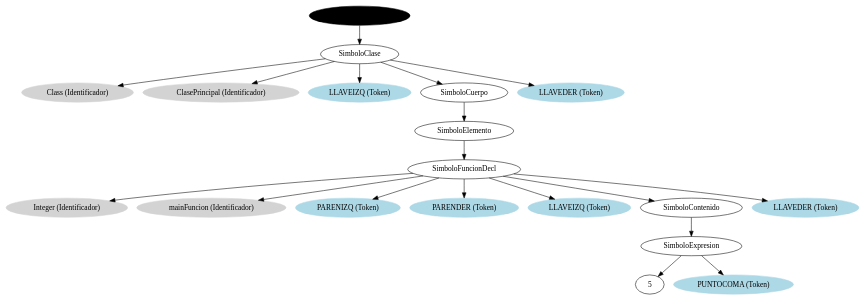
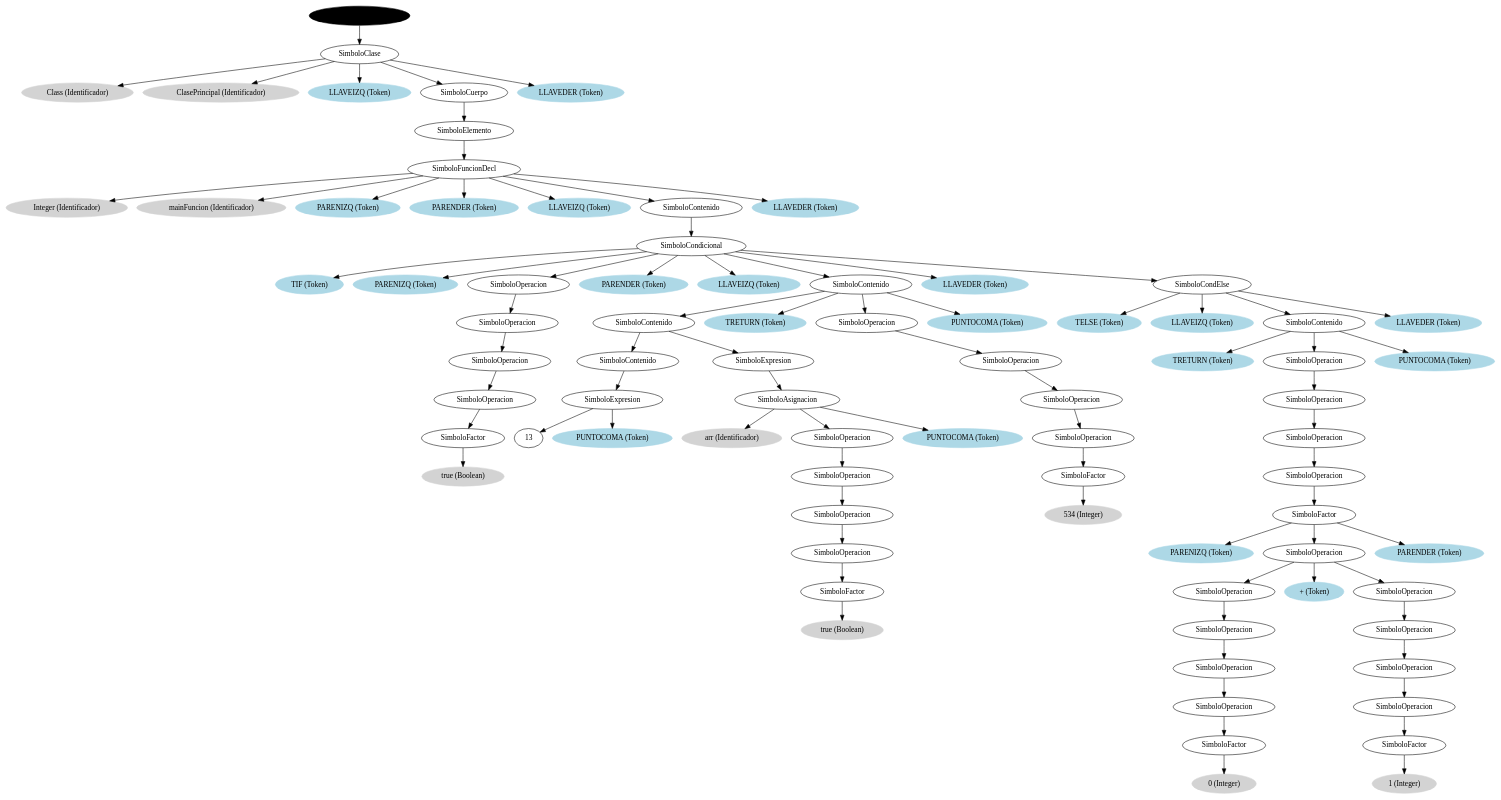
The diagram in output/ArbolSintactico.dot (DavidSDP/CompiladorJava), drawn with Graphviz before and after one commit. The commit also changed 19 other files, not shown here.

```diff
--- a/output/ArbolSintactico.dot
+++ b/output/ArbolSintactico.dot
@@ -1,40 +1,162 @@
 digraph G {
 
-12 -> 11
-11 -> 21
-21 [color=lightgrey,style=filled,label="Class (Identificador)"]
-11 -> 22
-22 [color=lightgrey,style=filled,label="ClasePrincipal (Identificador)"]
-11 -> 23
-23 [color=lightblue,style=filled,label="LLAVEIZQ (Token)"]
-11 -> 10
+55 -> 54
+54 -> 64
+64 [color=lightgrey,style=filled,label="Class (Identificador)"]
+54 -> 65
+65 [color=lightgrey,style=filled,label="ClasePrincipal (Identificador)"]
+54 -> 66
+66 [color=lightblue,style=filled,label="LLAVEIZQ (Token)"]
+54 -> 53
+53 -> 52
+52 -> 51
+51 -> 80
+80 [color=lightgrey,style=filled,label="Integer (Identificador)"]
+51 -> 81
+81 [color=lightgrey,style=filled,label="mainFuncion (Identificador)"]
+51 -> 82
+82 [color=lightblue,style=filled,label="PARENIZQ (Token)"]
+51 -> 83
+83 [color=lightblue,style=filled,label="PARENDER (Token)"]
+51 -> 84
+84 [color=lightblue,style=filled,label="LLAVEIZQ (Token)"]
+51 -> 50
+50 -> 49
+49 -> 96
+96 [color=lightblue,style=filled,label="TIF (Token)"]
+49 -> 97
+97 [color=lightblue,style=filled,label="PARENIZQ (Token)"]
+49 -> 10
 10 -> 9
 9 -> 8
-8 -> 37
-37 [color=lightgrey,style=filled,label="Integer (Identificador)"]
-8 -> 38
-38 [color=lightgrey,style=filled,label="mainFuncion (Identificador)"]
-8 -> 39
-39 [color=lightblue,style=filled,label="PARENIZQ (Token)"]
-8 -> 40
-40 [color=lightblue,style=filled,label="PARENDER (Token)"]
-8 -> 41
-41 [color=lightblue,style=filled,label="LLAVEIZQ (Token)"]
 8 -> 7
 7 -> 6
-6 -> 5
-6 -> 45
-45 [color=lightblue,style=filled,label="PUNTOCOMA (Token)"]
-6 [label="SimboloExpresion"]
-7 [label="SimboloContenido"]
-8 -> 42
-42 [color=lightblue,style=filled,label="LLAVEDER (Token)"]
-8 [label="SimboloFuncionDecl"]
-9 [label="SimboloElemento"]
-10 [label="SimboloCuerpo"]
-11 -> 24
-24 [color=lightblue,style=filled,label="LLAVEDER (Token)"]
-11 [label="SimboloClase"]
-12 [color=black,style=filled,label="SimboloPrograma"]
+6 -> 103
+103 [color=lightgrey,style=filled,label="true (Boolean)"]
+6 [label="SimboloFactor"]
+7 [label="SimboloOperacion"]
+8 [label="SimboloOperacion"]
+9 [label="SimboloOperacion"]
+10 [label="SimboloOperacion"]
+49 -> 98
+98 [color=lightblue,style=filled,label="PARENDER (Token)"]
+49 -> 99
+99 [color=lightblue,style=filled,label="LLAVEIZQ (Token)"]
+49 -> 30
+30 -> 24
+24 -> 15
+15 -> 14
+14 -> 13
+14 -> 112
+112 [color=lightblue,style=filled,label="PUNTOCOMA (Token)"]
+14 [label="SimboloExpresion"]
+15 [label="SimboloContenido"]
+24 -> 23
+23 -> 22
+22 -> 117
+117 [color=lightgrey,style=filled,label="arr (Identificador)"]
+22 -> 21
+21 -> 20
+20 -> 19
+19 -> 18
+18 -> 17
+17 -> 121
+121 [color=lightgrey,style=filled,label="true (Boolean)"]
+17 [label="SimboloFactor"]
+18 [label="SimboloOperacion"]
+19 [label="SimboloOperacion"]
+20 [label="SimboloOperacion"]
+21 [label="SimboloOperacion"]
+22 -> 118
+118 [color=lightblue,style=filled,label="PUNTOCOMA (Token)"]
+22 [label="SimboloAsignacion"]
+23 [label="SimboloExpresion"]
+24 [label="SimboloContenido"]
+30 -> 108
+108 [color=lightblue,style=filled,label="TRETURN (Token)"]
+30 -> 29
+29 -> 28
+28 -> 27
+27 -> 26
+26 -> 25
+25 -> 124
+124 [color=lightgrey,style=filled,label="534 (Integer)"]
+25 [label="SimboloFactor"]
+26 [label="SimboloOperacion"]
+27 [label="SimboloOperacion"]
+28 [label="SimboloOperacion"]
+29 [label="SimboloOperacion"]
+30 -> 109
+109 [color=lightblue,style=filled,label="PUNTOCOMA (Token)"]
+30 [label="SimboloContenido"]
+49 -> 100
+100 [color=lightblue,style=filled,label="LLAVEDER (Token)"]
+49 -> 48
+48 -> 131
+131 [color=lightblue,style=filled,label="TELSE (Token)"]
+48 -> 132
+132 [color=lightblue,style=filled,label="LLAVEIZQ (Token)"]
+48 -> 47
+47 -> 138
+138 [color=lightblue,style=filled,label="TRETURN (Token)"]
+47 -> 46
+46 -> 45
+45 -> 44
+44 -> 43
+43 -> 42
+42 -> 144
+144 [color=lightblue,style=filled,label="PARENIZQ (Token)"]
+42 -> 41
+41 -> 35
+35 -> 34
+34 -> 33
+33 -> 32
+32 -> 31
+31 -> 151
+151 [color=lightgrey,style=filled,label="0 (Integer)"]
+31 [label="SimboloFactor"]
+32 [label="SimboloOperacion"]
+33 [label="SimboloOperacion"]
+34 [label="SimboloOperacion"]
+35 [label="SimboloOperacion"]
+41 -> 148
+148 [color=lightblue,style=filled,label="+ (Token)"]
+41 -> 40
+40 -> 39
+39 -> 38
+38 -> 37
+37 -> 36
+36 -> 154
+154 [color=lightgrey,style=filled,label="1 (Integer)"]
+36 [label="SimboloFactor"]
+37 [label="SimboloOperacion"]
+38 [label="SimboloOperacion"]
+39 [label="SimboloOperacion"]
+40 [label="SimboloOperacion"]
+41 [label="SimboloOperacion"]
+42 -> 145
+145 [color=lightblue,style=filled,label="PARENDER (Token)"]
+42 [label="SimboloFactor"]
+43 [label="SimboloOperacion"]
+44 [label="SimboloOperacion"]
+45 [label="SimboloOperacion"]
+46 [label="SimboloOperacion"]
+47 -> 139
+139 [color=lightblue,style=filled,label="PUNTOCOMA (Token)"]
+47 [label="SimboloContenido"]
+48 -> 133
+133 [color=lightblue,style=filled,label="LLAVEDER (Token)"]
+48 [label="SimboloCondElse"]
+49 [label="SimboloCondicional"]
+50 [label="SimboloContenido"]
+51 -> 85
+85 [color=lightblue,style=filled,label="LLAVEDER (Token)"]
+51 [label="SimboloFuncionDecl"]
+52 [label="SimboloElemento"]
+53 [label="SimboloCuerpo"]
+54 -> 67
+67 [color=lightblue,style=filled,label="LLAVEDER (Token)"]
+54 [label="SimboloClase"]
+55 [color=black,style=filled,label="SimboloPrograma"]
 
 }
```
